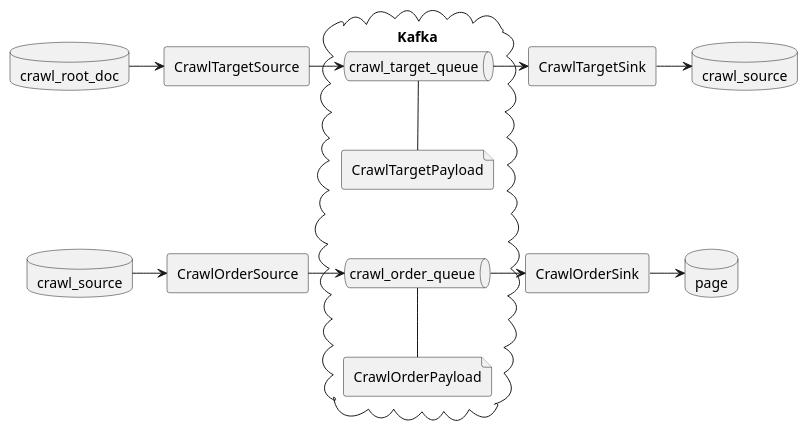
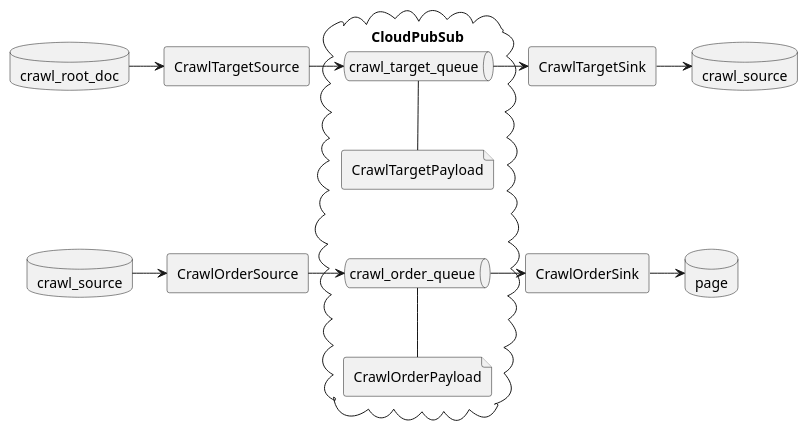
One commit to shotaod/carbon-crawler changed the diagram in carbon-crawler-stream/doc/map.puml. Above: the diagram before and after it, drawn with PlantUML.

Commit message:
change binder implementation (kafka -> gcp pubsub)

```diff
--- a/carbon-crawler-stream/doc/map.puml
+++ b/carbon-crawler-stream/doc/map.puml
@@ -1,38 +1,38 @@
 @startuml
 
-cloud Kafka {
+cloud CloudPubSub {
     queue crawl_target_queue as q_target
     file CrawlTargetPayload as p_target
     q_target -d- p_target
 
     queue crawl_order_queue as q_order
     file CrawlOrderPayload as p_order
     q_order -d- p_order
 
     p_target -[hidden]d- q_order
 }
 
 database crawl_root_doc as db_rDoc
 database crawl_source as db_cs
 database crawl_source as db_cs2
 database page as db_pg
 
 agent CrawlTargetSource as src_target
 db_rDoc -r-> src_target
 src_target -r-> q_target
 
 
 agent CrawlTargetSink as sin_target
 q_target --r-> sin_target
 sin_target -r-> db_cs
 
 agent CrawlOrderSource as src_order
 db_cs2 -r-> src_order
 src_order -r-> q_order
 src_order -[hidden]u- src_target
 
 agent CrawlOrderSink as sin_order
 q_order -r-> sin_order
 sin_order -r-> db_pg
 
 @enduml
```
